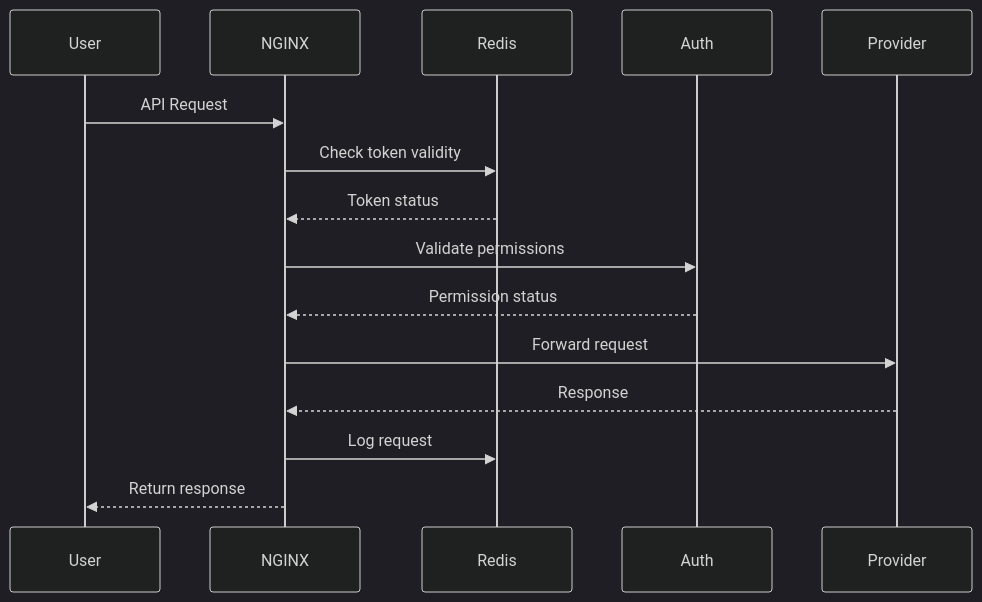
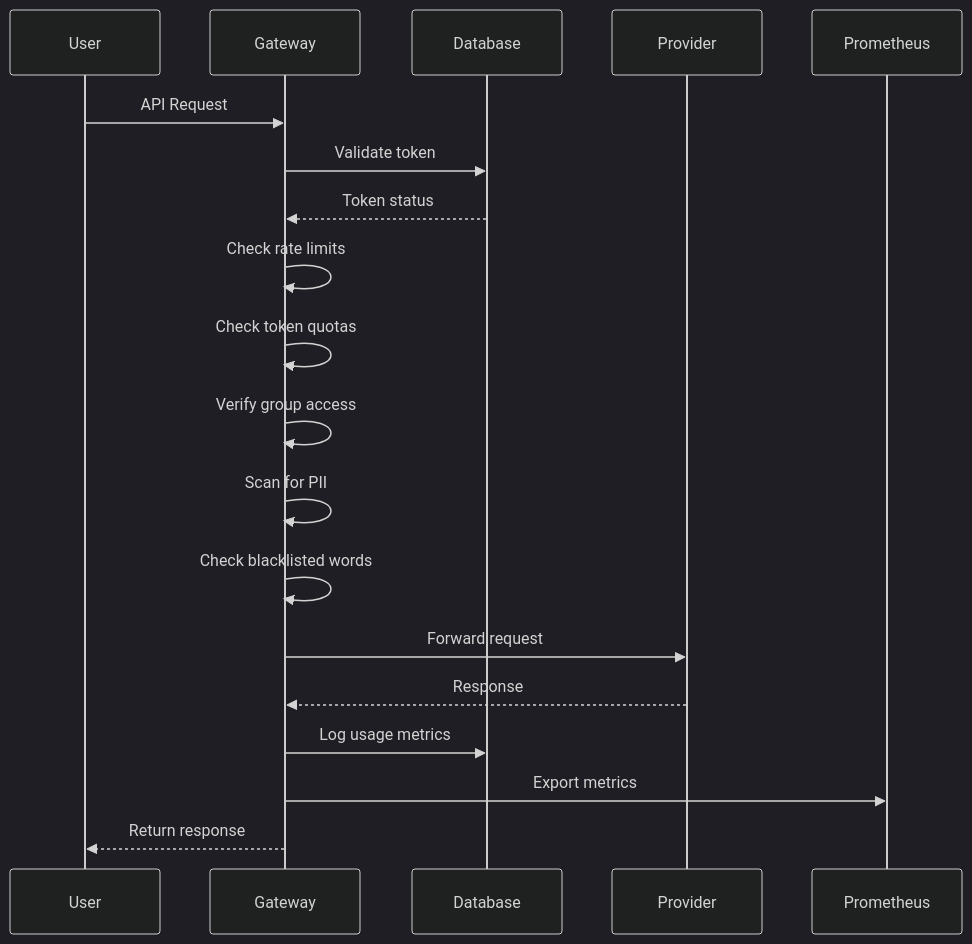
Before and after one commit to scampion/burgonet-gateway: the first of 2 diagrams in docs/technical.md, drawn with Mermaid (dark theme).

Commit message:
docs: update request flow diagram in technical.md to reflect current architecture

````diff
--- a/docs/technical.md
+++ b/docs/technical.md
@@ -10,18 +10,21 @@
 ```mermaid
 sequenceDiagram
     participant User
-    participant NGINX
-    participant Redis
-    participant Auth
+    participant Gateway
+    participant Database
     participant Provider
     
-    User->>NGINX: API Request
-    NGINX->>Redis: Check token validity
-    Redis-->>NGINX: Token status
-    NGINX->>Auth: Validate permissions
-    Auth-->>NGINX: Permission status
-    NGINX->>Provider: Forward request
-    Provider-->>NGINX: Response
-    NGINX->>Redis: Log request
-    NGINX-->>User: Return response
+    User->>Gateway: API Request
+    Gateway->>Database: Validate token
+    Database-->>Gateway: Token status
+    Gateway->>Gateway: Check rate limits
+    Gateway->>Gateway: Check token quotas
+    Gateway->>Gateway: Verify group access
+    Gateway->>Gateway: Scan for PII
+    Gateway->>Gateway: Check blacklisted words
+    Gateway->>Provider: Forward request
+    Provider-->>Gateway: Response
+    Gateway->>Database: Log usage metrics
+    Gateway->>Prometheus: Export metrics
+    Gateway-->>User: Return response
 ```
````
